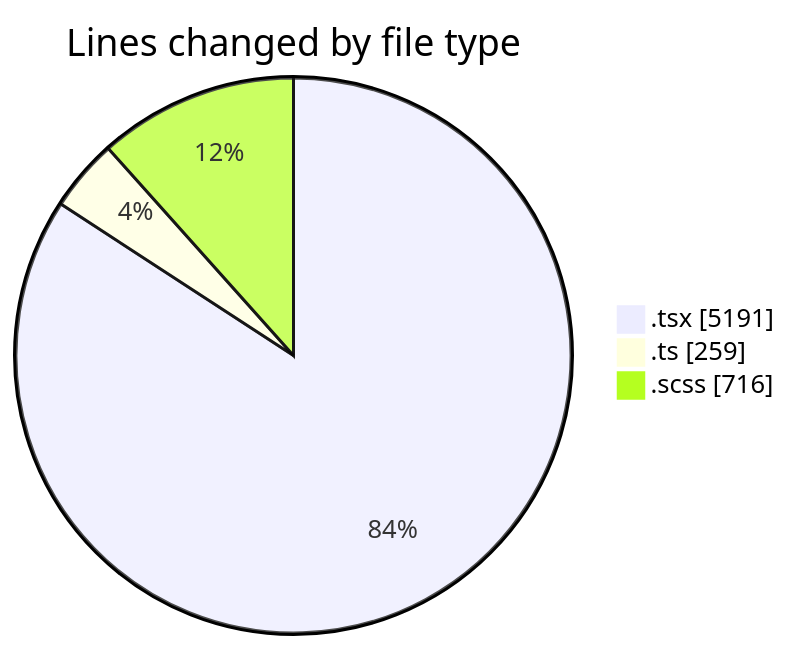
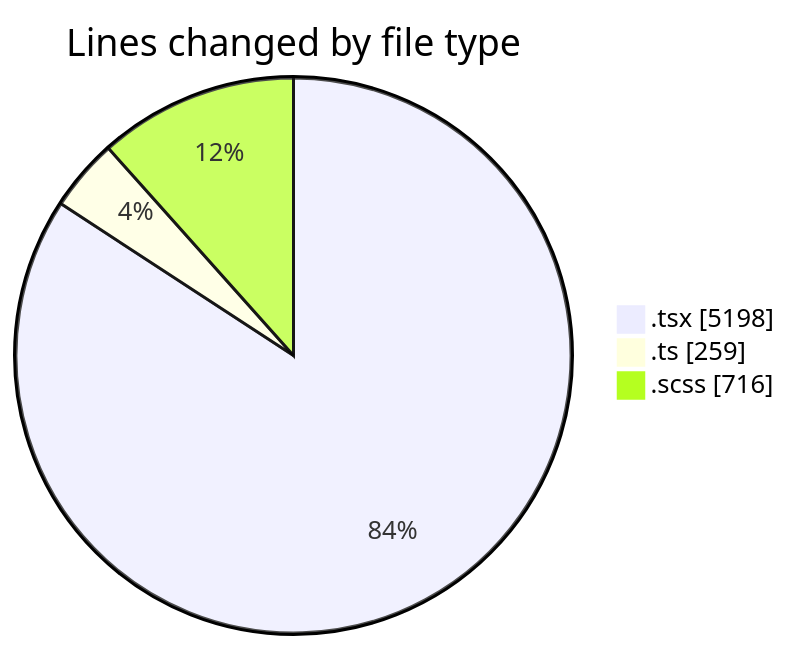
Before and after one commit to momahboobian/code-tracking: the first of 2 diagrams in 2025-09-15/cda/README.md, drawn with Mermaid. The commit also changed other lines of this file and 1 other file, not shown here.

````diff
--- a/2025-09-15/cda/README.md
+++ b/2025-09-15/cda/README.md
@@ -27,7 +27,7 @@
 ```mermaid
 pie showData
 title Lines changed by file type
-".tsx" : 5191
+".tsx" : 5198
 ".ts" : 259
 ".scss" : 716
 ```
````
